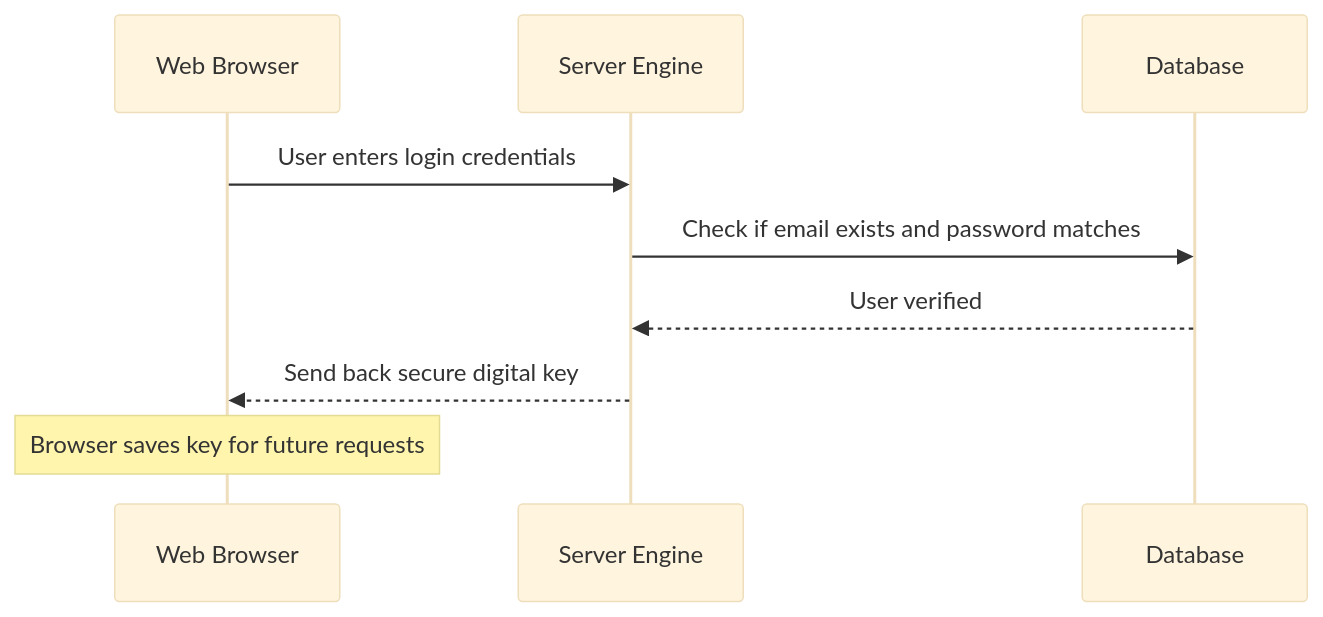
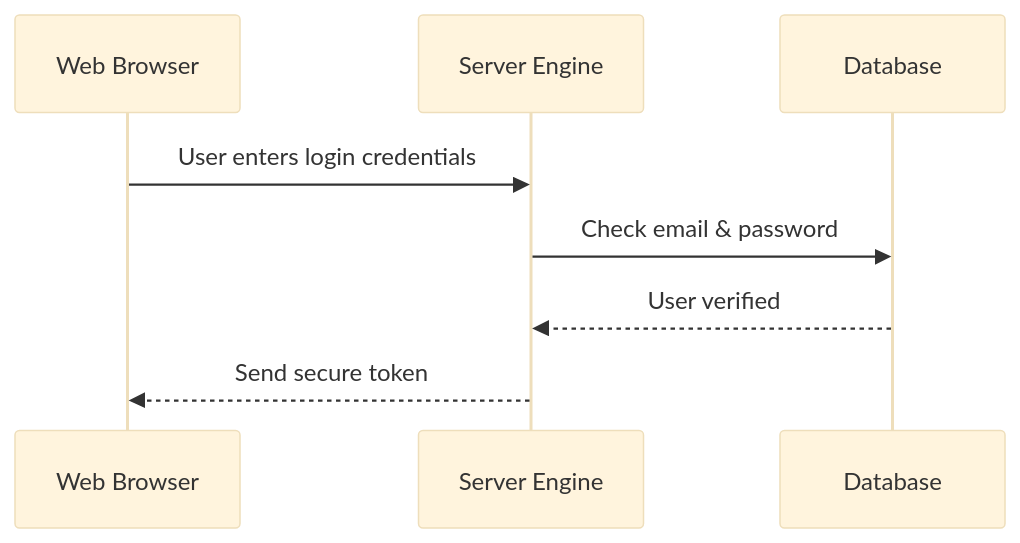
One commit to Ashishmehta108/video-app changed the second of 6 diagrams in HOW_IT_WORKS.md. Above: the diagram before and after it, drawn with Mermaid (base theme). The commit also changed other lines of this file, not shown here.

Commit message:
Fix syntax errors in HOW_IT_WORKS.md sequence diagrams

````diff
--- a/HOW_IT_WORKS.md
+++ b/HOW_IT_WORKS.md
@@ -41,12 +42,11 @@
 ```mermaid
 sequenceDiagram
     participant Browser as Web Browser
     participant Server as Server Engine
     participant DB as Database
     
     Browser->>Server: User enters login credentials
-    Server->>DB: Check if email exists and password matches
+    Server->>DB: Check email & password
     DB-->>Server: User verified
-    Server-->>Browser: Send back secure digital key
-    Note over Browser: Browser saves key for future requests
+    Server-->>Browser: Send secure token
 ```
````
